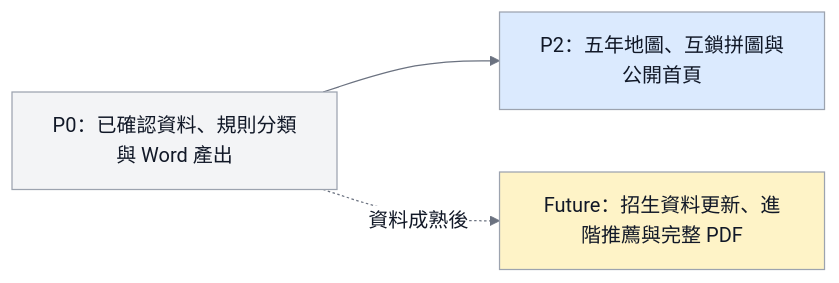
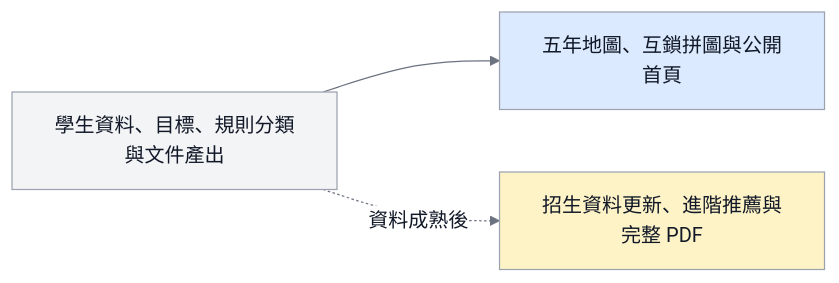
One commit to vujhdcusa/1028 changed the sixth of 9 diagrams in docs/04_圖表與介面/diagrams.md. Above: the diagram before and after it, drawn with Mermaid. The commit also changed other lines of this file and 5 other files, not shown here.

````diff
--- a/docs/04_圖表與介面/diagrams.md
+++ b/docs/04_圖表與介面/diagrams.md
@@ -113,10 +140,10 @@
 ```mermaid
 %%{init: {'theme':'base','themeVariables': {'fontFamily':'Microsoft JhengHei, Noto Sans TC, Arial, sans-serif','primaryColor':'#F3F4F6','primaryTextColor':'#111827','primaryBorderColor':'#9CA3AF','lineColor':'#6B7280','edgeLabelBackground':'#FFFFFF'}}}%%
 flowchart LR
     classDef p0 fill:#F3F4F6,stroke:#9CA3AF,color:#111827,stroke-width:1px;
     classDef p2 fill:#DBEAFE,stroke:#9CA3AF,color:#111827,stroke-width:1px;
     classDef future fill:#FEF3C7,stroke:#9CA3AF,color:#111827,stroke-width:1px;
 
-    P0[P0：已確認資料、規則分類與 Word 產出]:::p0 --> P2[P2：五年地圖、互鎖拼圖與公開首頁]:::p2
-    P0 -.資料成熟後.-> Future[Future：招生資料更新、進階推薦與完整 PDF]:::future
+    Core[學生資料、目標、規則分類與文件產出]:::p0 --> Experience[五年地圖、互鎖拼圖與公開首頁]:::p2
+    Core -.資料成熟後.-> Future[招生資料更新、進階推薦與完整 PDF]:::future
 ```
````
